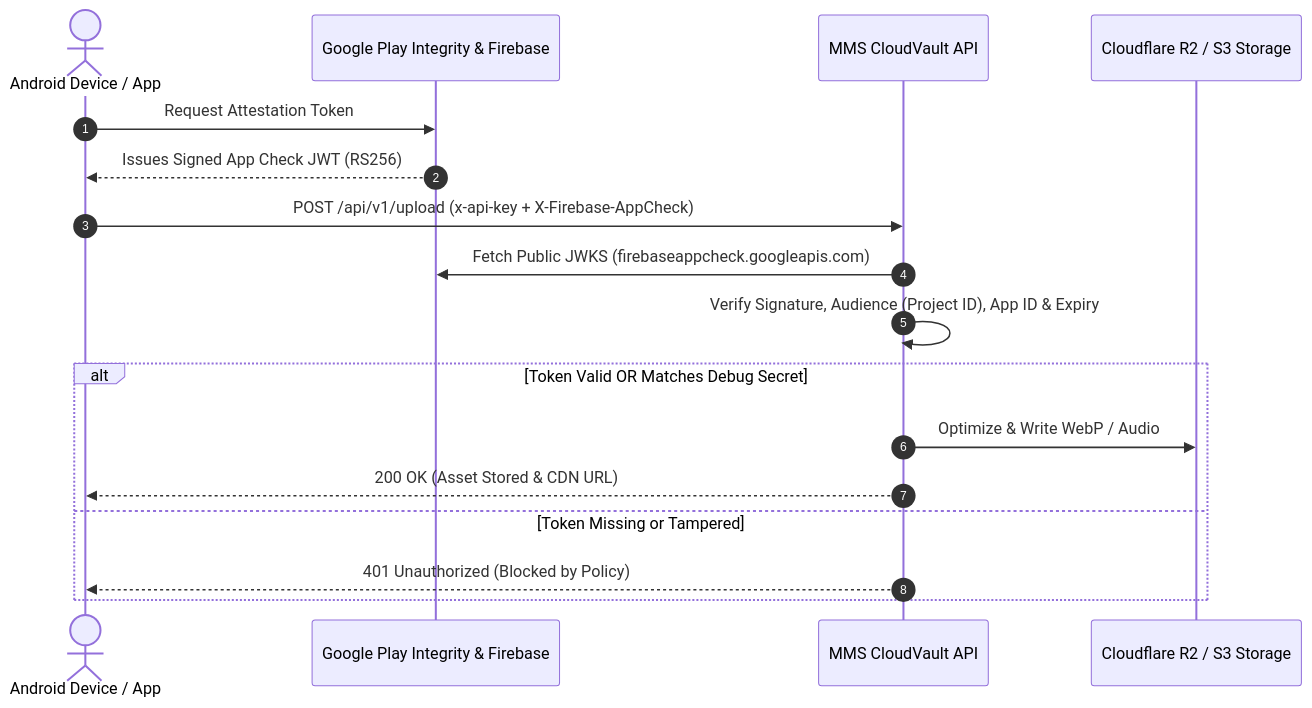
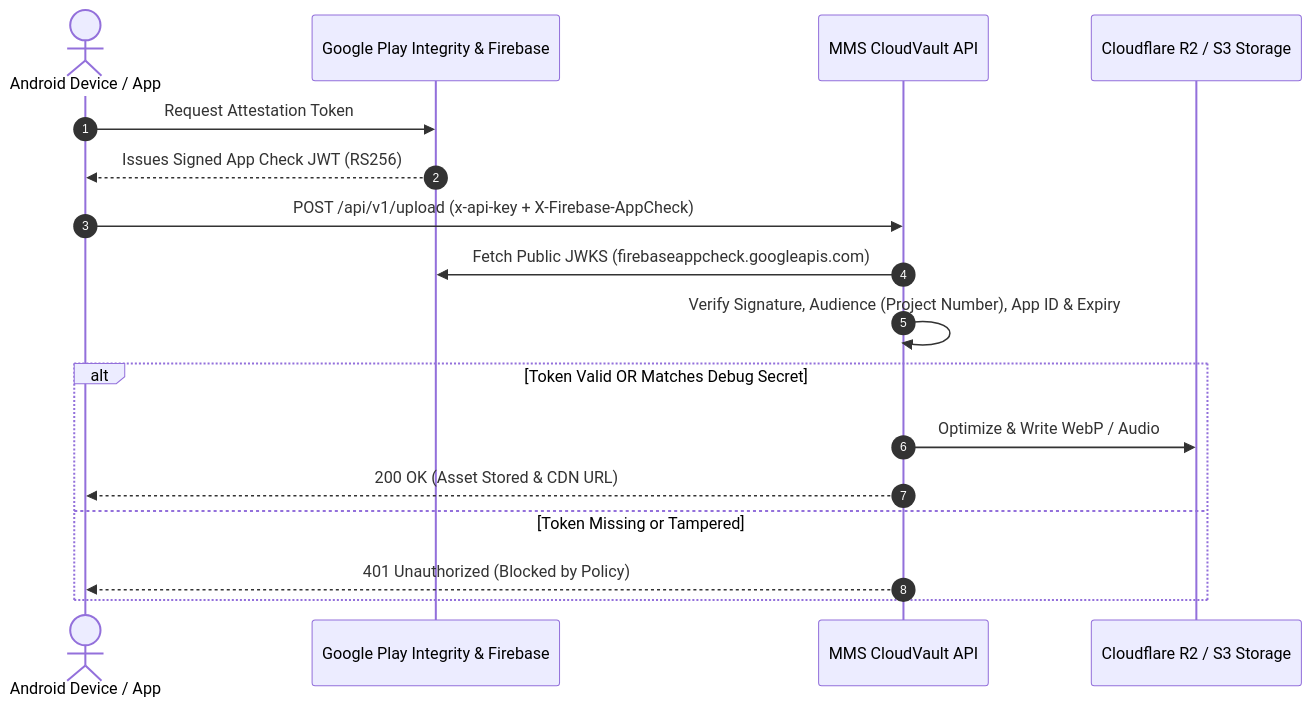
Before and after one commit to mmsstudio-org/MMS-CloudVault: the diagram in docs/FIREBASE_APP_CHECK_GUIDE.md, drawn with Mermaid. The commit also changed other lines of this file and 17 other files, not shown here.

````diff
--- a/docs/FIREBASE_APP_CHECK_GUIDE.md
+++ b/docs/FIREBASE_APP_CHECK_GUIDE.md
@@ -16,20 +16,20 @@
 ```mermaid
 sequenceDiagram
     autonumber
     actor User as Android Device / App
     participant Google as Google Play Integrity & Firebase
     participant Vault as MMS CloudVault API
     participant Storage as Cloudflare R2 / S3 Storage
 
     User->>Google: Request Attestation Token
     Google-->>User: Issues Signed App Check JWT (RS256)
     User->>Vault: POST /api/v1/upload (x-api-key + X-Firebase-AppCheck)
     Vault->>Google: Fetch Public JWKS (firebaseappcheck.googleapis.com)
-    Vault->>Vault: Verify Signature, Audience (Project ID), App ID & Expiry
+    Vault->>Vault: Verify Signature, Audience (Project Number), App ID & Expiry
     alt Token Valid OR Matches Debug Secret
         Vault->>Storage: Optimize & Write WebP / Audio
         Vault-->>User: 200 OK (Asset Stored & CDN URL)
     else Token Missing or Tampered
         Vault-->>User: 401 Unauthorized (Blocked by Policy)
     end
 ```
````
